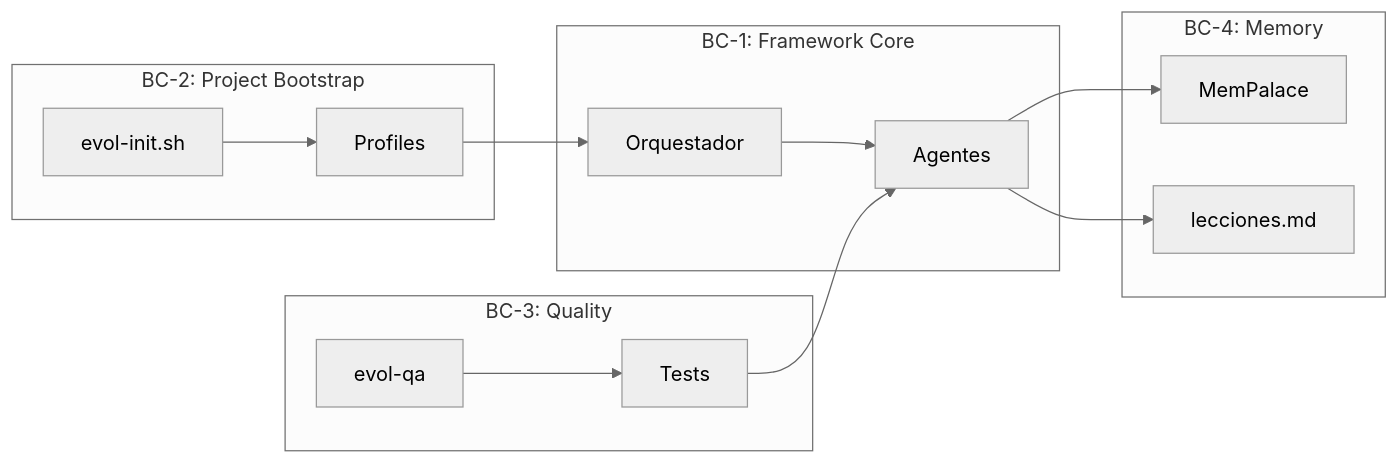
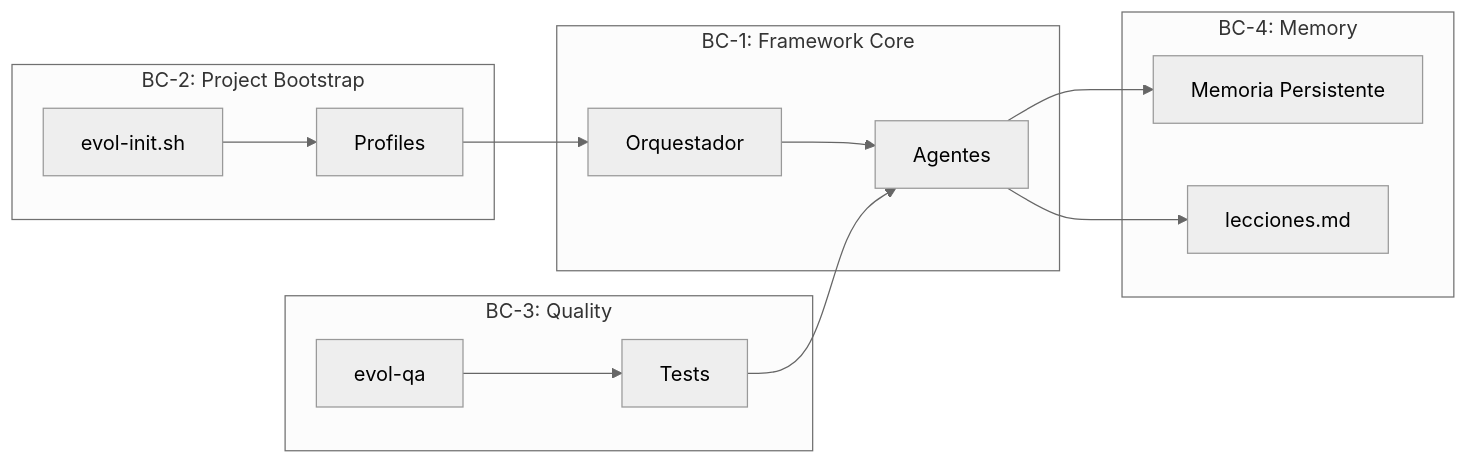
Before and after one commit to Cucholambr3ta/evol-system: the third of 3 diagrams in docs/arquitectura/DOMINIO.md, drawn with Mermaid (neutral theme). The commit also changed other lines of this file and 80 other files, not shown here.

````diff
--- a/docs/arquitectura/DOMINIO.md
+++ b/docs/arquitectura/DOMINIO.md
@@ -334,30 +334,30 @@
 ```mermaid
 graph LR
     subgraph "BC-1: Framework Core"
         A[Orquestador]
         B[Agentes]
     end
 
     subgraph "BC-2: Project Bootstrap"
         C[evol-init.sh]
         D[Profiles]
     end
 
     subgraph "BC-3: Quality"
         E[evol-qa]
         F[Tests]
     end
 
     subgraph "BC-4: Memory"
-        G[MemPalace]
+        G[Memoria Persistente]
         H[lecciones.md]
     end
 
     A --> B
     B --> G
     B --> H
     C --> D
     D --> A
     E --> F
     F --> B
 ```
````
